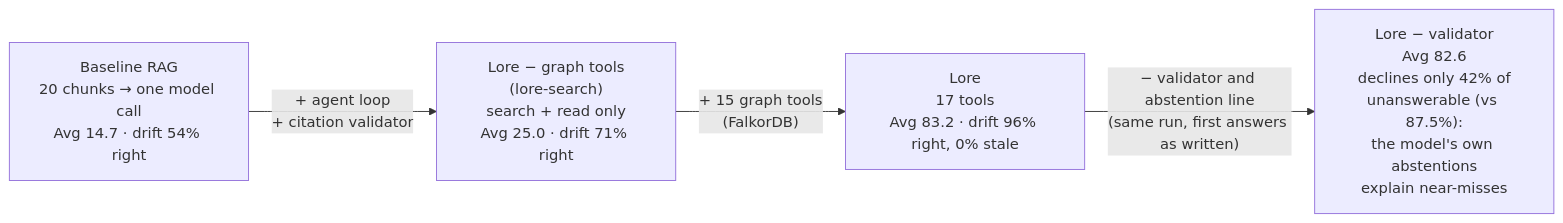
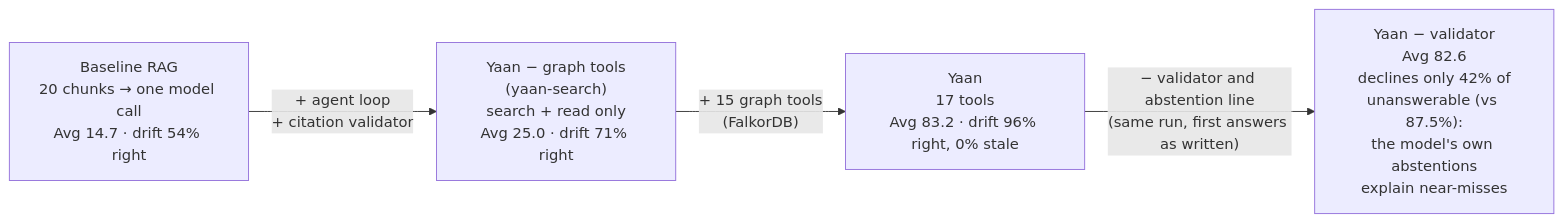
The diagram in docs/diagrams/ablations.mmd (t-maypat/yaan), drawn with Mermaid before and after one commit. The commit also changed 204 other files, not shown here.

First line of the commit message:
Phase 22.10: Lore's remaining names become Yaan's; old names still read

```diff
--- a/docs/diagrams/ablations.mmd
+++ b/docs/diagrams/ablations.mmd
@@ -1,5 +1,5 @@
 %% The systems compared on dev (R2, 17 Oct): each step adds or removes one thing, so the difference is that thing's effect.
 flowchart LR
-  B["Baseline RAG<br/>20 chunks → one model call<br/>Avg 14.7 · drift 54% right"]:::ext -->|"+ agent loop<br/>+ citation validator"| S["Lore − graph tools<br/>(lore-search)<br/>search + read only<br/>Avg 25.0 · drift 71% right"]:::code
-  S -->|"+ 15 graph tools<br/>(FalkorDB)"| L["Lore<br/>17 tools<br/>Avg 83.2 · drift 96% right, 0% stale"]:::store
-  L -->|"− validator and abstention line<br/>(same run, first answers as written)"| U["Lore − validator<br/>Avg 82.6<br/>declines only 42% of<br/>unanswerable (vs 87.5%):<br/>the model's own abstentions<br/>explain near-misses"]:::guard
+  B["Baseline RAG<br/>20 chunks → one model call<br/>Avg 14.7 · drift 54% right"]:::ext -->|"+ agent loop<br/>+ citation validator"| S["Yaan − graph tools<br/>(yaan-search)<br/>search + read only<br/>Avg 25.0 · drift 71% right"]:::code
+  S -->|"+ 15 graph tools<br/>(FalkorDB)"| L["Yaan<br/>17 tools<br/>Avg 83.2 · drift 96% right, 0% stale"]:::store
+  L -->|"− validator and abstention line<br/>(same run, first answers as written)"| U["Yaan − validator<br/>Avg 82.6<br/>declines only 42% of<br/>unanswerable (vs 87.5%):<br/>the model's own abstentions<br/>explain near-misses"]:::guard
```
